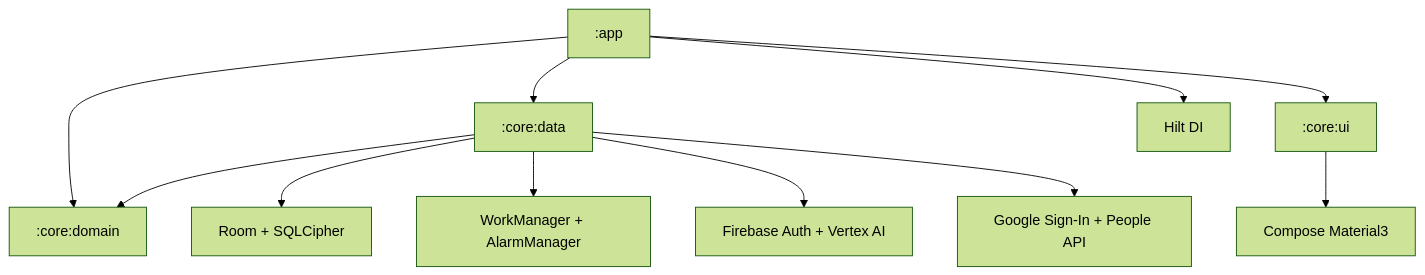
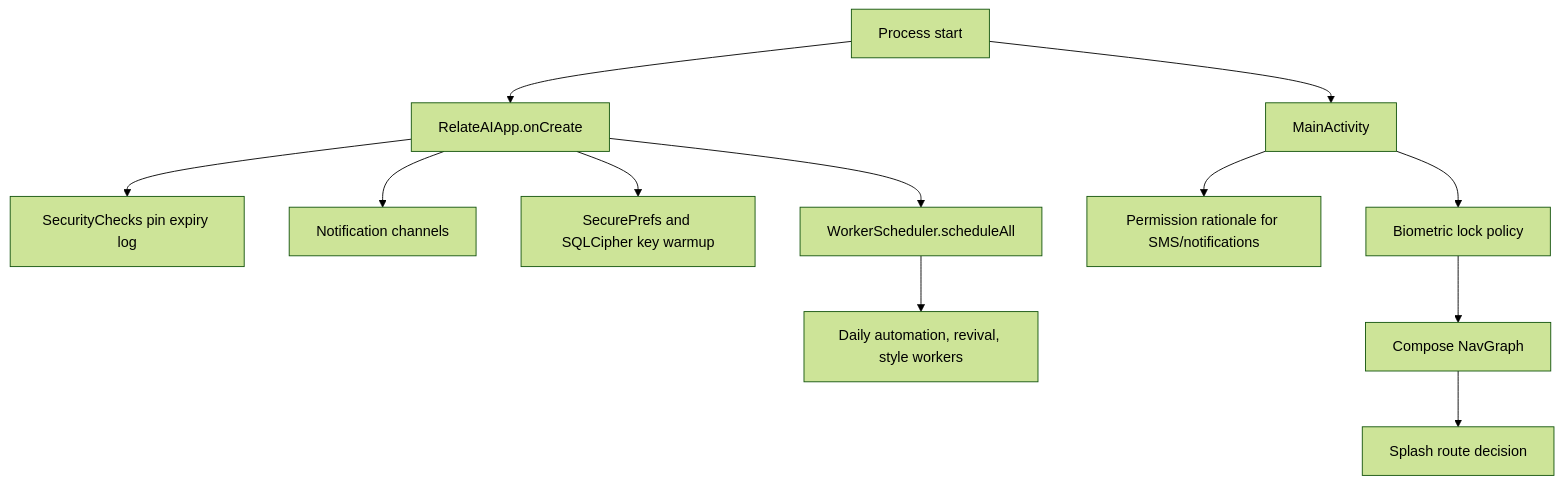
Before and after one commit to yhsomani/AI-Birthday: the first of 4 diagrams in PLAN.md, drawn with Mermaid (forest theme). The commit also changed other lines of this file and 247 other files, not shown here.

````diff
--- a/PLAN.md
+++ b/PLAN.md
@@ -53,13 +200,14 @@
 ```mermaid
 flowchart TD
-  app[:app] --> domain[:core:domain]
-  app --> data[:core:data]
-  app --> ui[:core:ui]
-  data --> domain
-  ui --> compose[Compose Material3]
-  data --> room[Room + SQLCipher]
-  data --> work[WorkManager + AlarmManager]
-  data --> firebase[Firebase Auth + Vertex AI]
-  data --> google[Google Sign-In + People API]
-  app --> hilt[Hilt DI]
+    A[Process start] --> B[RelateAIApp.onCreate]
+    B --> C[SecurityChecks pin expiry log]
+    B --> D[Notification channels]
+    B --> E[SecurePrefs and SQLCipher key warmup]
+    B --> F[WorkerScheduler.scheduleAll]
+    F --> G[Daily automation, revival, style workers]
+    A --> H[MainActivity]
+    H --> I[Permission rationale for SMS/notifications]
+    H --> J[Biometric lock policy]
+    J --> K[Compose NavGraph]
+    K --> L[Splash route decision]
 ```
````
